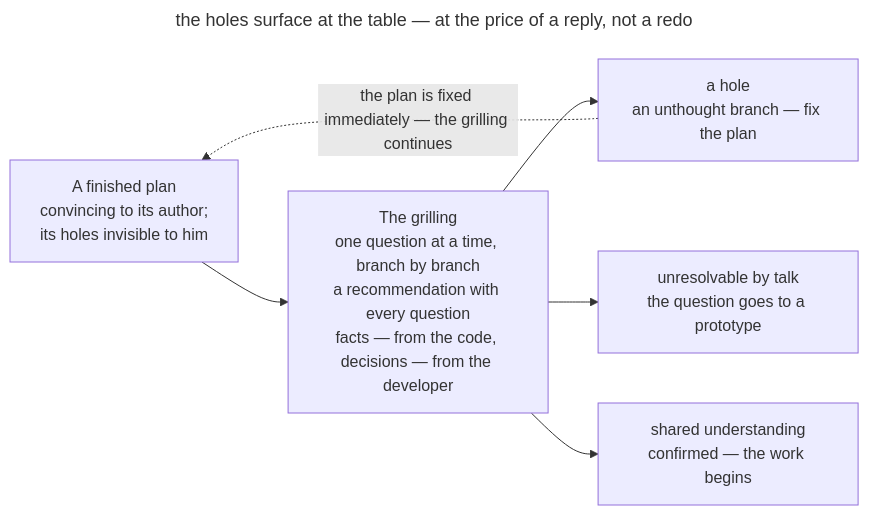
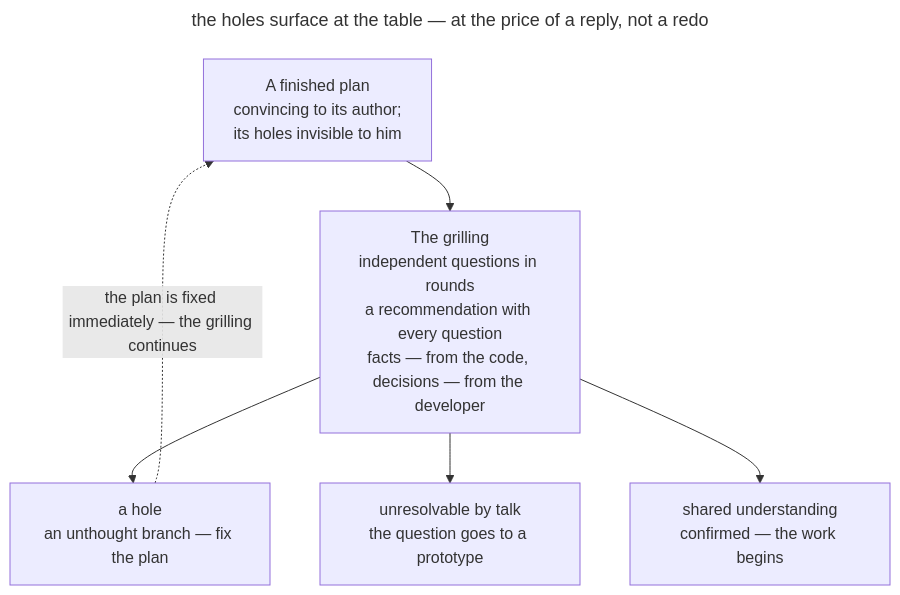
The diagram in book/en/grilling.md (Rastavelli/agentic-coding-design-patterns), drawn with Mermaid before and after one commit. The commit also changed other lines of this file and 29 other files, not shown here.

````diff
--- a/book/en/grilling.md
+++ b/book/en/grilling.md
@@ -68,16 +42,16 @@
 ```mermaid
 ---
 title: the holes surface at the table — at the price of a reply, not a redo
 ---
-flowchart LR
+flowchart TB
   plan["A finished plan<br/>convincing to its author;<br/>its holes invisible to him"]:::accent
-  grill["The grilling<br/>one question at a time, branch by branch<br/>a recommendation with every question<br/>facts — from the code, decisions — from the developer"]
+  grill["The grilling<br/>independent questions in rounds<br/>a recommendation with every question<br/>facts — from the code, decisions — from the developer"]
   hole["a hole<br/>an unthought branch — fix the plan"]:::warn
   proto["unresolvable by talk<br/>the question goes to a prototype"]:::muted
   shared["shared understanding<br/>confirmed — the work begins"]:::accent
   plan --> grill
   grill --> hole
   grill --> proto
   grill --> shared
   hole -. "the plan is fixed immediately — the grilling continues" .-> plan
 ```
````
